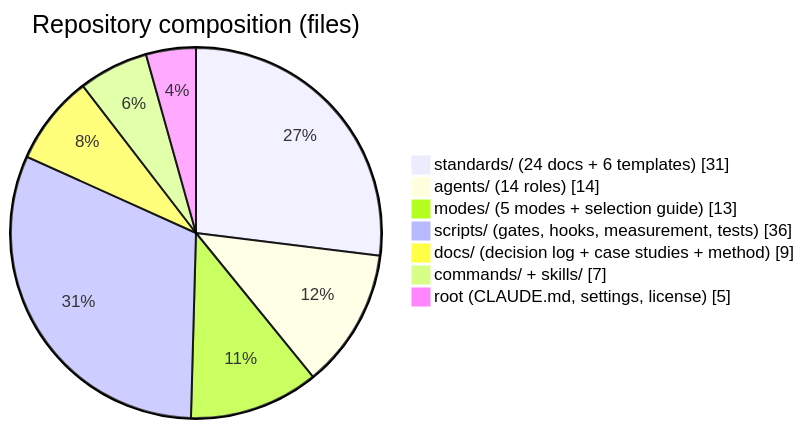
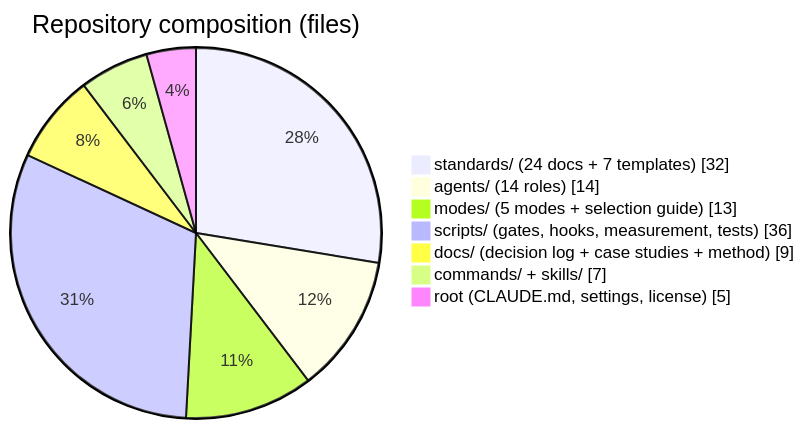
One commit to adyusuf/claude-code-standards changed the second of 4 diagrams in README.md. Above: the diagram before and after it, drawn with Mermaid. The commit also changed other lines of this file and 5 other files, not shown here.

````diff
--- a/README.md
+++ b/README.md
@@ -211,10 +211,10 @@
 ```mermaid
 pie showData title Repository composition (files)
- "standards/ (24 docs + 6 templates)" : 31
+ "standards/ (24 docs + 7 templates)" : 32
  "agents/ (14 roles)" : 14
  "modes/ (5 modes + selection guide)" : 13
  "scripts/ (gates, hooks, measurement, tests)" : 36
  "docs/ (decision log + case studies + method)" : 9
  "commands/ + skills/" : 7
  "root (CLAUDE.md, settings, license)" : 5
 ```
````
